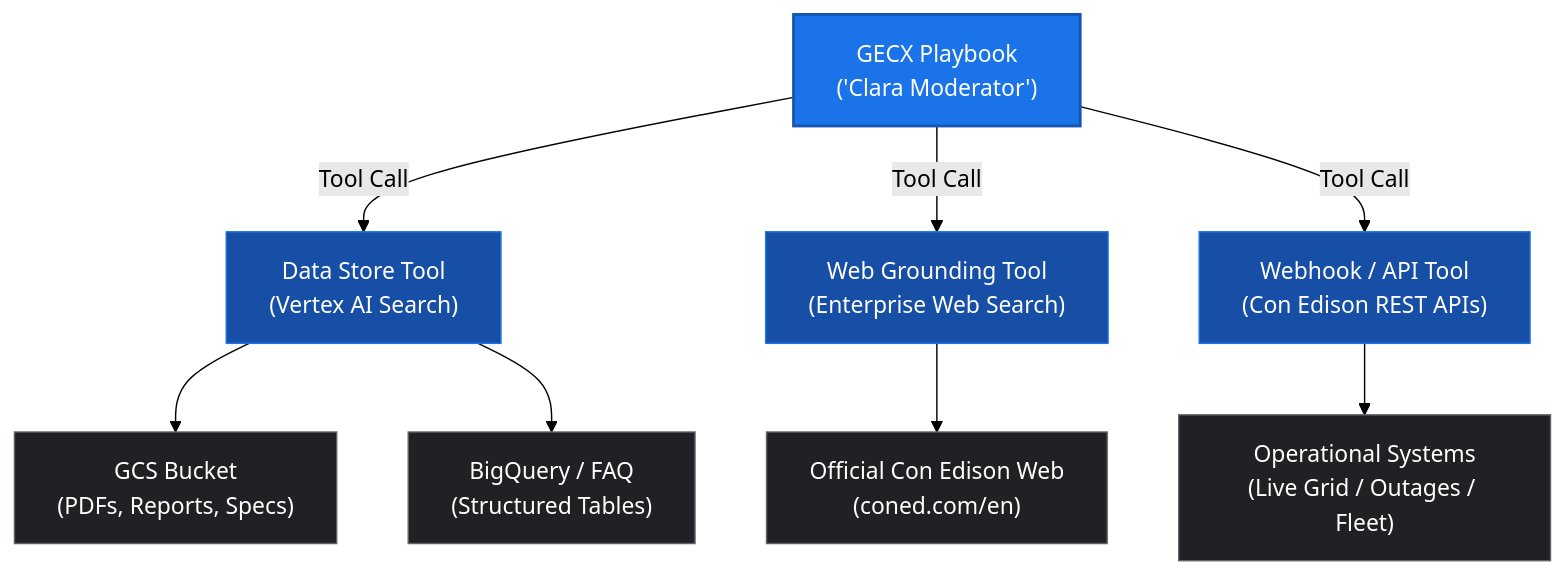
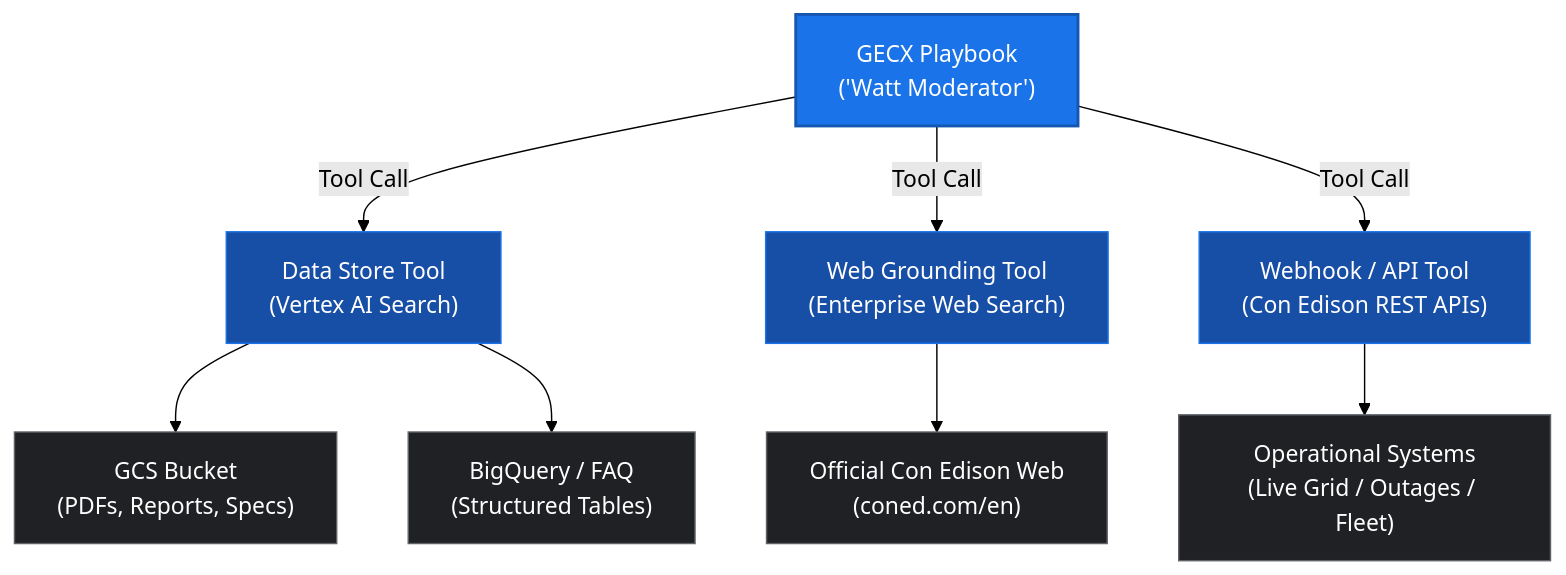
One commit to pparthas83/TechDay_AI_App changed the diagram in README.md. Above: the diagram before and after it, drawn with Mermaid (forest theme). The commit also changed other lines of this file and 10 other files, not shown here.

Commit message:
Update AI moderator persona from Clara to Watt and sanitize presenter names to functional teams

````diff
--- a/README.md
+++ b/README.md
@@ -86,30 +86,30 @@
 ```mermaid
 flowchart TD
-    Playbook["GECX Playbook<br>('Clara Moderator')"]
+    Playbook["GECX Playbook<br>('Watt Moderator')"]
     
     DataStore["Data Store Tool<br>(Vertex AI Search)"]
     WebGrounding["Web Grounding Tool<br>(Enterprise Web Search)"]
     WebhookTool["Webhook / API Tool<br>(Con Edison REST APIs)"]
     
     GCS["GCS Bucket<br>(PDFs, Reports, Specs)"]
     BQ["BigQuery / FAQ<br>(Structured Tables)"]
     ConEdWeb["Official Con Edison Web<br>(coned.com/en)"]
     GridTelemetry["Operational Systems<br>(Live Grid / Outages / Fleet)"]
 
     Playbook -->|"Tool Call"| DataStore
     Playbook -->|"Tool Call"| WebGrounding
     Playbook -->|"Tool Call"| WebhookTool
 
     DataStore --> GCS
     DataStore --> BQ
     WebGrounding --> ConEdWeb
     WebhookTool --> GridTelemetry
 
     classDef primary fill:#1a73e8,stroke:#1557b0,color:#ffffff,stroke-width:2px;
     classDef tool fill:#174ea6,stroke:#1a73e8,color:#ffffff;
     classDef repo fill:#202124,stroke:#5f6368,color:#ffffff;
 
     class Playbook primary;
     class DataStore,WebGrounding,WebhookTool tool;
     class GCS,BQ,ConEdWeb,GridTelemetry repo;
 ```
````
